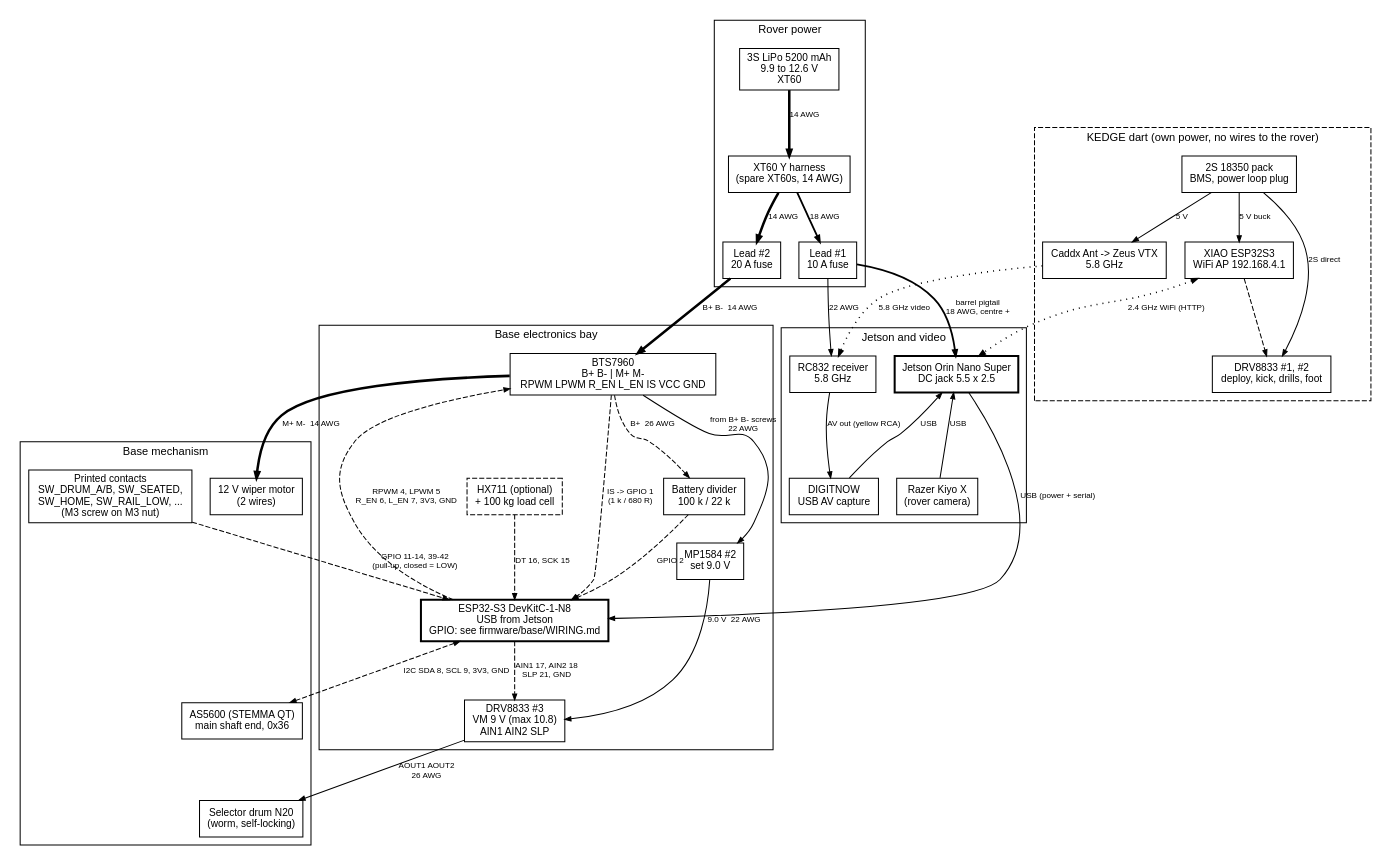
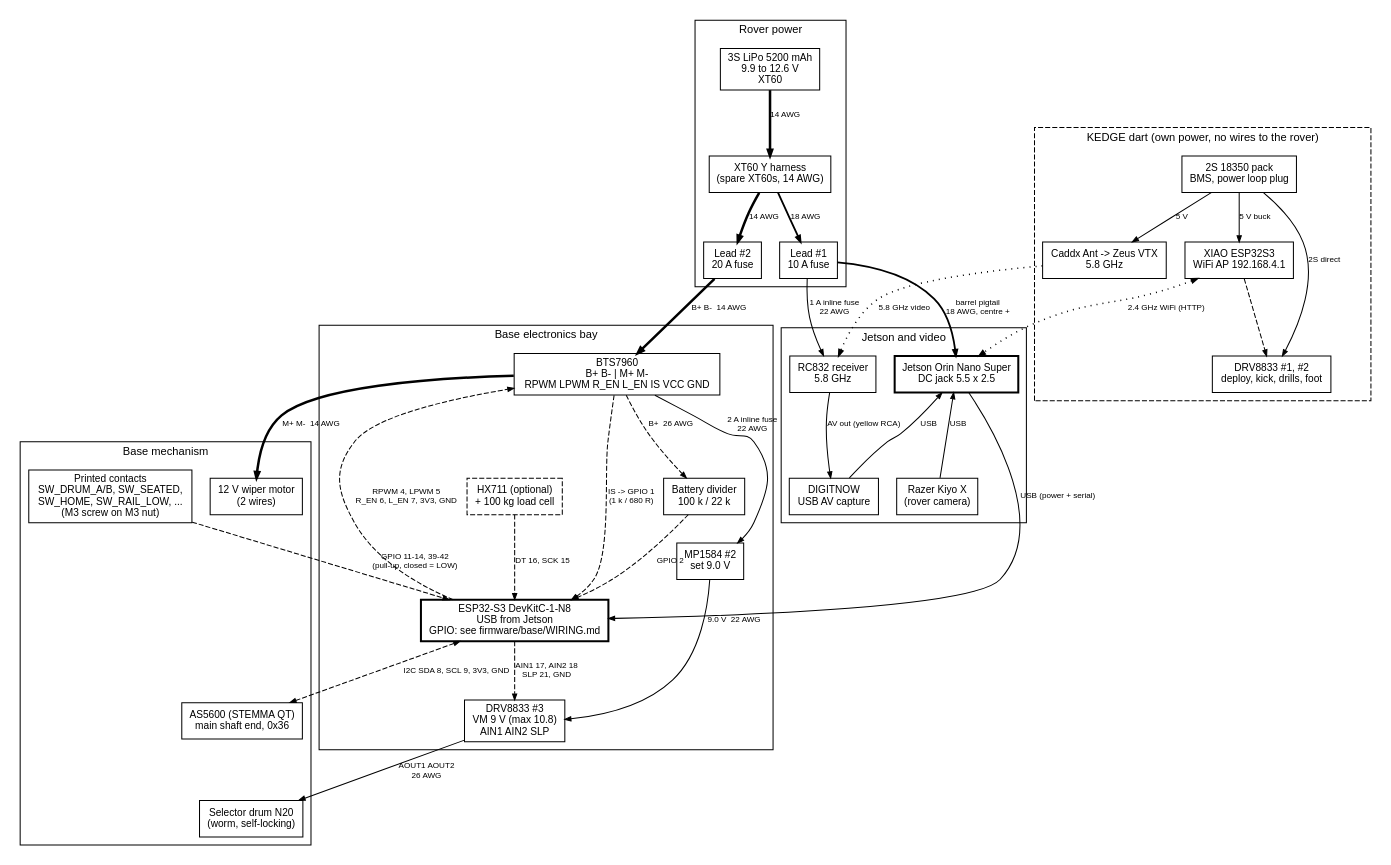
The diagram in docs/build/system_electrical.dot (HarryHYu/GrappStar), drawn with Graphviz before and after one commit. The commit also changed 7 other files, not shown here.

```diff
--- a/docs/build/system_electrical.dot
+++ b/docs/build/system_electrical.dot
@@ -1,82 +1,82 @@
 // GrappStar whole-system electrical diagram. Render: dot -Tsvg / -Tpng (make_guide.py does it).
 // Bold lines = battery power, plain = low-voltage power and USB, dashed = signal, dotted = radio.
 // GPIO numbers come from firmware/base/grappstar_base/pins.h (fw-base owns them).
 digraph G {
   graph [rankdir=TB, fontname="Liberation Sans", fontsize=11, nodesep=0.25, ranksep=0.55, splines=true, newrank=true];
   node  [shape=box, fontname="Liberation Sans", fontsize=10, color=black, fontcolor=black];
   edge  [fontname="Liberation Sans", fontsize=8, color=black, fontcolor=black, arrowsize=0.6];
 
   subgraph cluster_power {
     label="Rover power"; style=solid;
     lipo  [label="3S LiPo 5200 mAh\n9.9 to 12.6 V\nXT60"];
     ysplit[label="XT60 Y harness\n(spare XT60s, 14 AWG)"];
     f20   [label="Lead #2\n20 A fuse"];
     f10   [label="Lead #1\n10 A fuse"];
   }
 
   subgraph cluster_bay {
     label="Base electronics bay"; style=solid;
     bts   [label="BTS7960\nB+ B- | M+ M-\nRPWM LPWM R_EN L_EN IS VCC GND"];
     buck  [label="MP1584 #2\nset 9.0 V"];
     drv   [label="DRV8833 #3\nVM 9 V (max 10.8)\nAIN1 AIN2 SLP"];
     esp   [label="ESP32-S3 DevKitC-1-N8\nUSB from Jetson\nGPIO: see firmware/base/WIRING.md", shape=box, style=bold];
     div   [label="Battery divider\n100 k / 22 k"];
     hx    [label="HX711 (optional)\n+ 100 kg load cell", style=dashed];
   }
 
   subgraph cluster_mech {
     label="Base mechanism"; style=solid;
     wiper [label="12 V wiper motor\n(2 wires)"];
     n20   [label="Selector drum N20\n(worm, self-locking)"];
     as5600[label="AS5600 (STEMMA QT)\nmain shaft end, 0x36"];
     sw    [label="Printed contacts\nSW_DRUM_A/B, SW_SEATED,\nSW_HOME, SW_RAIL_LOW, ...\n(M3 screw on M3 nut)"];
   }
 
   subgraph cluster_jetson {
     label="Jetson and video"; style=solid;
     jet   [label="Jetson Orin Nano Super\nDC jack 5.5 x 2.5", style=bold];
     rc832 [label="RC832 receiver\n5.8 GHz"];
     cap   [label="DIGITNOW\nUSB AV capture"];
     kiyo  [label="Razer Kiyo X\n(rover camera)"];
   }
 
   subgraph cluster_dart {
     label="KEDGE dart (own power, no wires to the rover)"; style=dashed;
     dbat  [label="2S 18350 pack\nBMS, power loop plug"];
     xiao  [label="XIAO ESP32S3\nWiFi AP 192.168.4.1"];
     ddrv  [label="DRV8833 #1, #2\ndeploy, kick, drills, foot"];
     vtx   [label="Caddx Ant -> Zeus VTX\n5.8 GHz"];
   }
 
   lipo  -> ysplit [label="14 AWG", style=bold, penwidth=2.5];
   ysplit-> f20    [label="14 AWG", style=bold, penwidth=2.5];
   ysplit-> f10    [label="18 AWG", style=bold, penwidth=1.8];
   f20   -> bts    [label="B+ B-  14 AWG", style=bold, penwidth=2.5];
   bts   -> wiper  [label="M+ M-  14 AWG", style=bold, penwidth=2.5];
-  bts   -> buck   [label="from B+ B- screws\n22 AWG"];
+  bts   -> buck   [label="2 A inline fuse\n22 AWG"];
   buck  -> drv    [label="9.0 V  22 AWG"];
   drv   -> n20    [label="AOUT1 AOUT2\n26 AWG"];
   f10   -> jet    [label="barrel pigtail\n18 AWG, centre +", style=bold, penwidth=1.8];
-  f10   -> rc832  [label="22 AWG"];
+  f10   -> rc832  [label="1 A inline fuse\n22 AWG"];
   bts   -> div    [label="B+  26 AWG", style=dashed];
 
   jet   -> esp    [label="USB (power + serial)"];
   jet   -> cap    [label="USB", dir=back];
   jet   -> kiyo   [label="USB", dir=back];
   rc832 -> cap    [label="AV out (yellow RCA)"];
 
   esp   -> bts    [label="RPWM 4, LPWM 5\nR_EN 6, L_EN 7, 3V3, GND", style=dashed];
   bts   -> esp    [label="IS -> GPIO 1\n(1 k / 680 R)", style=dashed];
   div   -> esp    [label="GPIO 2", style=dashed];
   esp   -> drv    [label="AIN1 17, AIN2 18\nSLP 21, GND", style=dashed];
   esp   -> as5600 [label="I2C SDA 8, SCL 9, 3V3, GND", style=dashed, dir=both];
   sw    -> esp    [label="GPIO 11-14, 39-42\n(pull-up, closed = LOW)", style=dashed];
   hx    -> esp    [label="DT 16, SCK 15", style=dashed];
 
   dbat  -> xiao   [label="5 V buck"];
   dbat  -> ddrv   [label="2S direct"];
   xiao  -> ddrv   [style=dashed];
   dbat  -> vtx    [label="5 V"];
   vtx   -> rc832  [label="5.8 GHz video", style=dotted, penwidth=1.5];
   xiao  -> jet    [label="2.4 GHz WiFi (HTTP)", style=dotted, penwidth=1.5, dir=both];
 }
```
